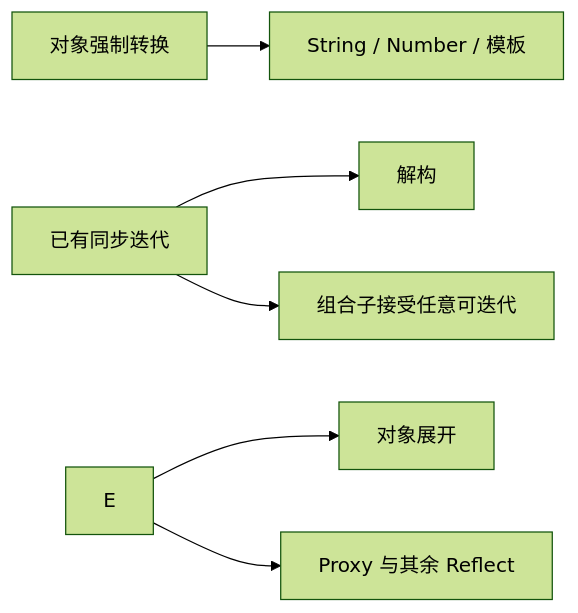
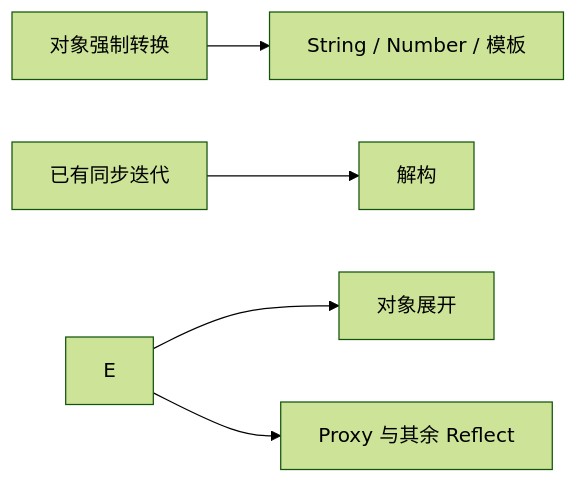
The diagram in docs/gaps.md (codehz/yield-js), drawn with Mermaid (forest theme) before and after one commit. The commit also changed other lines of this file and 10 other files, not shown here.

````diff
--- a/docs/gaps.md
+++ b/docs/gaps.md
@@ -93,8 +92,7 @@
 ```mermaid
 flowchart LR
   C[对象强制转换] --> S[String / Number / 模板]
   I[已有同步迭代] --> D[解构]
-  I --> P[组合子接受任意可迭代]
   E --> O[对象展开]
   E --> R[Proxy 与其余 Reflect]
 ```
````
